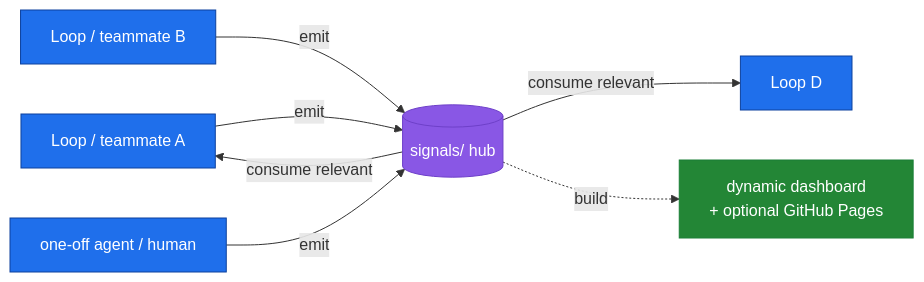
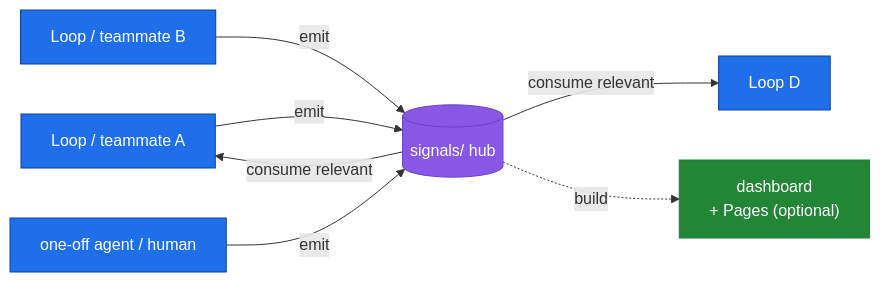
The third of 3 diagrams in README.md (NilsWidal/loobster), drawn with Mermaid before and after one commit. The commit also changed other lines of this file and 6 other files, not shown here.

````diff
--- a/README.md
+++ b/README.md
@@ -139,15 +139,15 @@
 ```mermaid
 flowchart LR
     LA["Loop / teammate A"] -->|emit| HUB[("signals/ hub")]
     LB["Loop / teammate B"] -->|emit| HUB
     LC["one-off agent / human"] -->|emit| HUB
     HUB -->|consume relevant| LA
     HUB -->|consume relevant| LD["Loop D"]
-    HUB -.build.-> DASH["dynamic dashboard<br/>+ optional GitHub Pages"]
+    HUB -.build.-> DASH["dashboard<br/>+ Pages (optional)"]
     classDef loop fill:#1f6feb,stroke:#0d419d,color:#fff;
     classDef hub fill:#8957e5,stroke:#6e40c9,color:#fff;
     classDef out fill:#238636,stroke:#1a7f37,color:#fff;
     class LA,LB,LC,LD loop
     class HUB hub
     class DASH out
 ```
````
